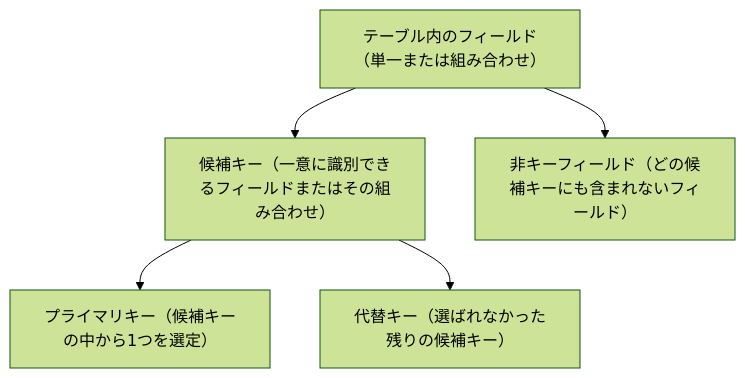
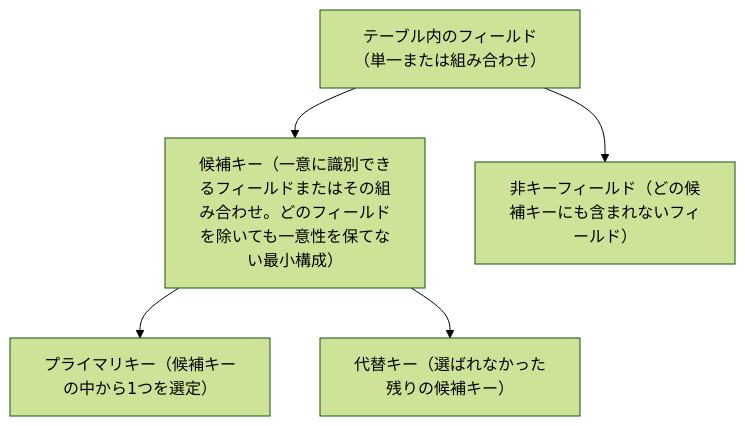
One commit to myoshi2891/Software-Design-and-Architecture changed the ninth of 14 diagrams in Database-design-for-mere-mortals-guide.md. Above: the diagram before and after it, drawn with Mermaid (forest theme). The commit also changed 1 other file, not shown here.

Commit message:
docs(database-design-for-mere-mortals): 候補キーの定義に極小性（除去すると一意性を失う）を追記

````diff
--- a/Database-design-for-mere-mortals-guide.md
+++ b/Database-design-for-mere-mortals-guide.md
@@ -234,7 +234,7 @@
 ```mermaid
 flowchart TD
-    All["テーブル内のフィールド（単一または組み合わせ）"] --> Candidate["候補キー（一意に識別できるフィールドまたはその組み合わせ）"]
+    All["テーブル内のフィールド（単一または組み合わせ）"] --> Candidate["候補キー（一意に識別できるフィールドまたはその組み合わせ。どのフィールドを除いても一意性を保てない最小構成）"]
     All --> NonKey["非キーフィールド（どの候補キーにも含まれないフィールド）"]
     Candidate --> Primary["プライマリキー（候補キーの中から1つを選定）"]
     Candidate --> Alternate["代替キー（選ばれなかった残りの候補キー）"]
 ```
````
